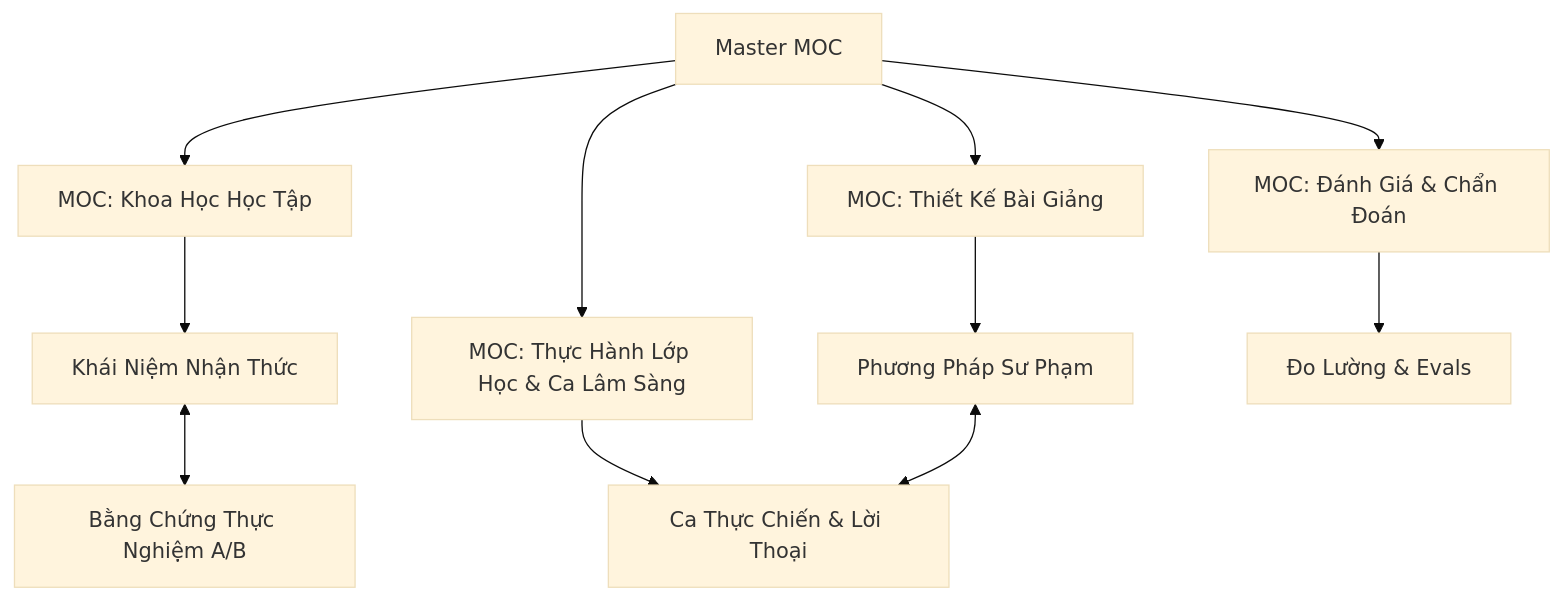
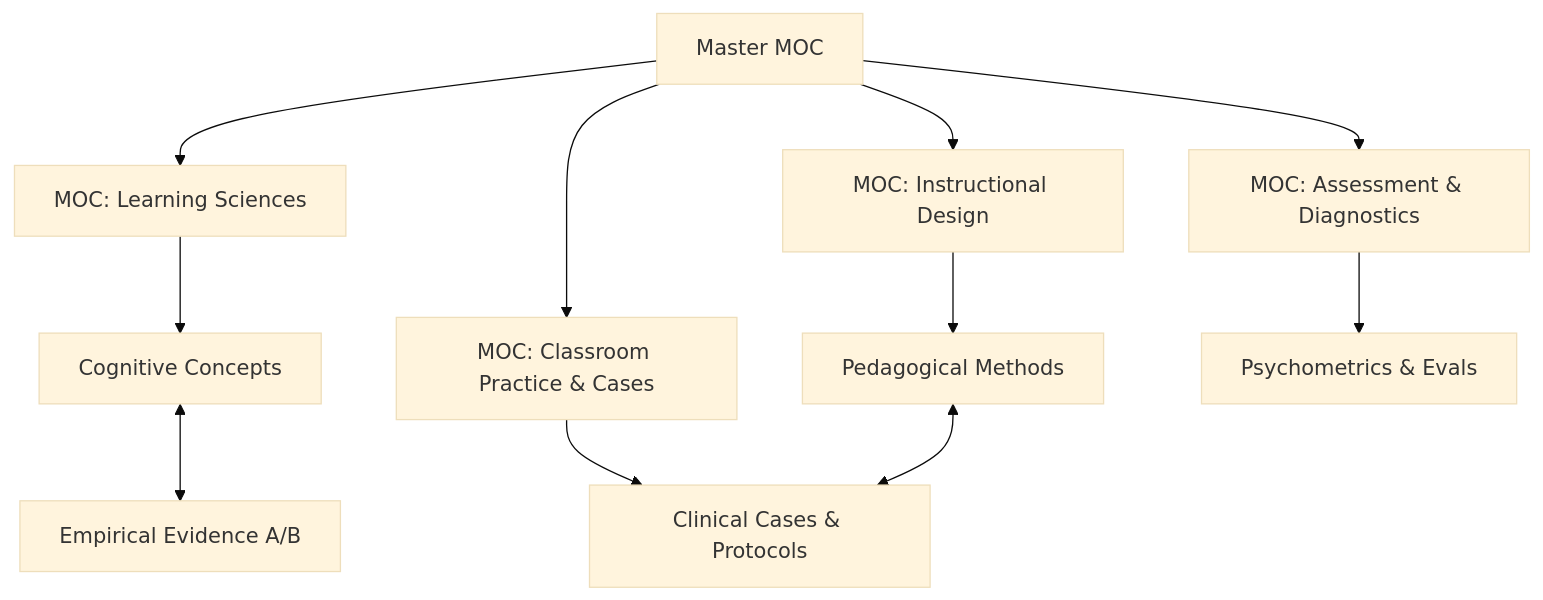
Before and after one commit to jangtrinh/design-os-pedagogy: the diagram in 00-navigation/MOC-Master.md, drawn with Mermaid (base theme). The commit also changed other lines of this file and 10 other files, not shown here.

````diff
--- a/00-navigation/MOC-Master.md
+++ b/00-navigation/MOC-Master.md
@@ -14,15 +14,15 @@
 ```mermaid
 graph TD
-    MOC[Master MOC] --> LS[MOC: Khoa Học Học Tập]
-    MOC --> ID[MOC: Thiết Kế Bài Giảng]
-    MOC --> AS[MOC: Đánh Giá & Chẩn Đoán]
-    MOC --> CP[MOC: Thực Hành Lớp Học & Ca Lâm Sàng]
+    MOC[Master MOC] --> LS[MOC: Learning Sciences]
+    MOC --> ID[MOC: Instructional Design]
+    MOC --> AS[MOC: Assessment & Diagnostics]
+    MOC --> CP[MOC: Classroom Practice & Cases]
     
-    LS --> Concepts[Khái Niệm Nhận Thức]
-    ID --> Methods[Phương Pháp Sư Phạm]
-    AS --> Evals[Đo Lường & Evals]
-    CP --> Cases[Ca Thực Chiến & Lời Thoại]
+    LS --> Concepts[Cognitive Concepts]
+    ID --> Methods[Pedagogical Methods]
+    AS --> Evals[Psychometrics & Evals]
+    CP --> Cases[Clinical Cases & Protocols]
     
-    Concepts <--> Evidence[Bằng Chứng Thực Nghiệm A/B]
+    Concepts <--> Evidence[Empirical Evidence A/B]
     Methods <--> Cases
 ```
````
